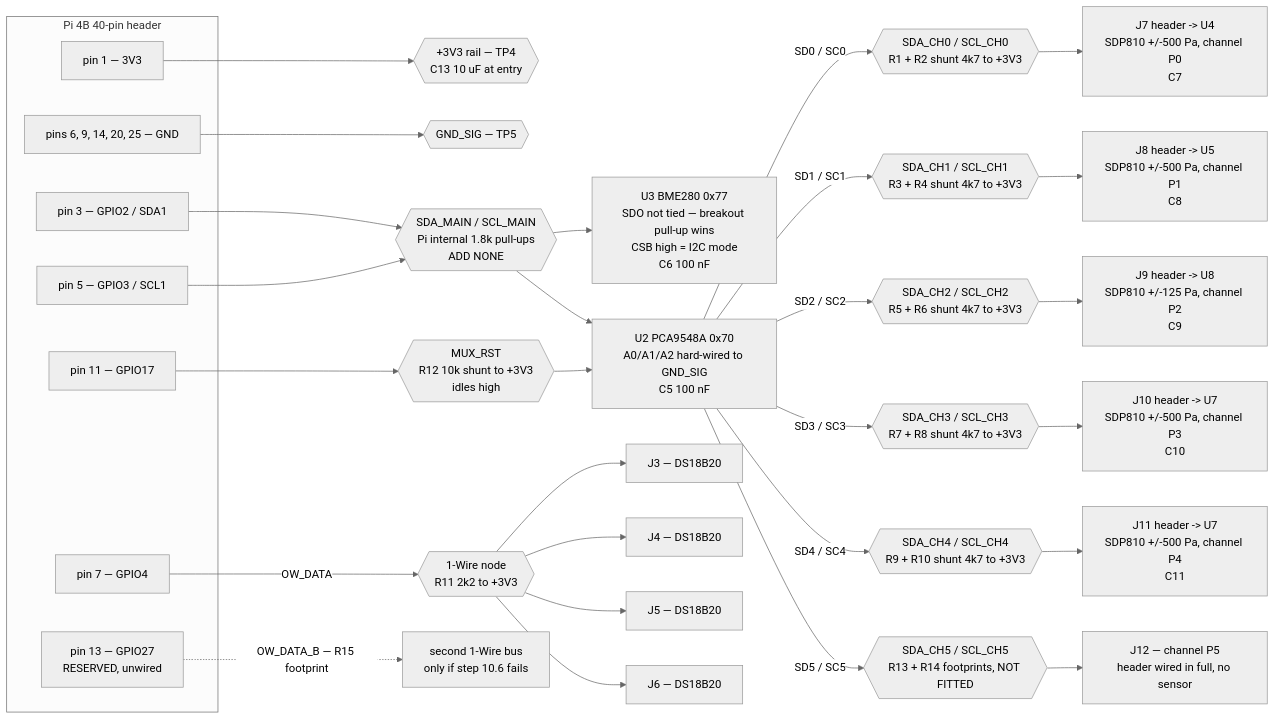
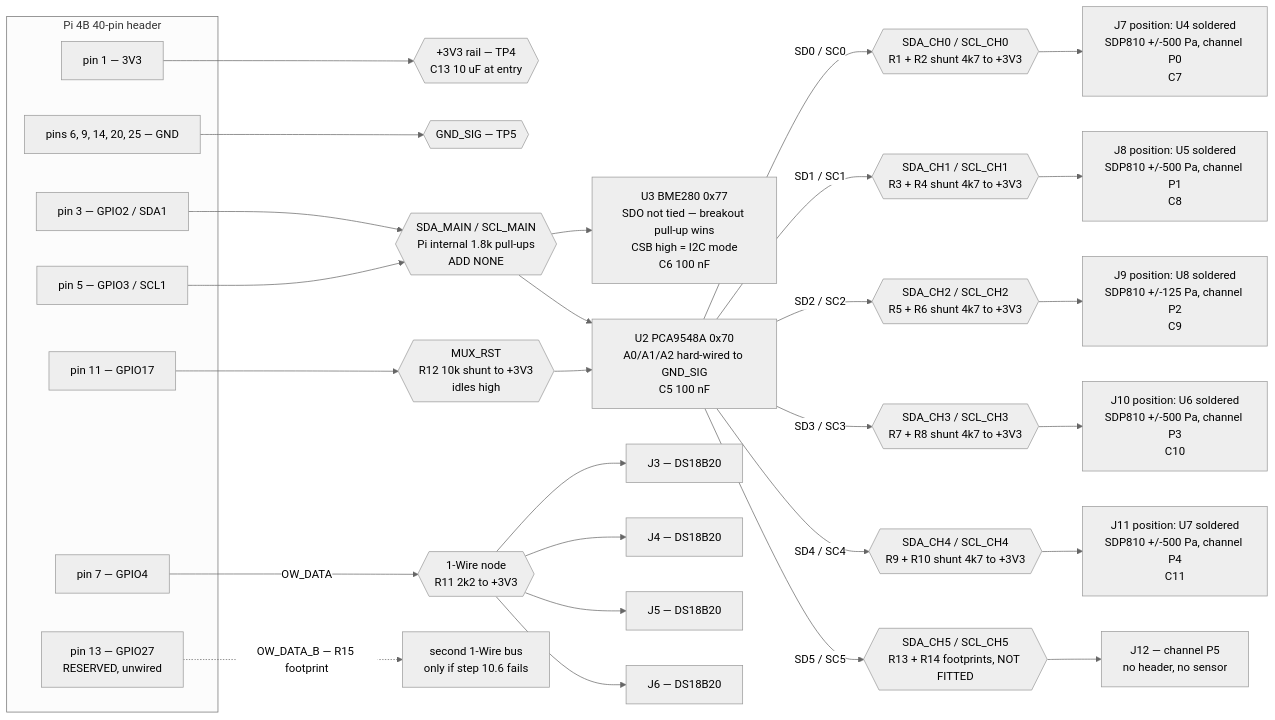
The third of 3 diagrams in SystemSetup/logger-perfboard-wiring.md (chrumck/KnurLogger), drawn with Mermaid (neutral theme) before and after one commit. The commit also changed other lines of this file and 16 other files, not shown here.

````diff
--- a/SystemSetup/logger-perfboard-wiring.md
+++ b/SystemSetup/logger-perfboard-wiring.md
@@ -278,36 +278,36 @@
 ```mermaid
 flowchart LR
     subgraph HDR["Pi 4B 40-pin header"]
         H1["pin 1 — 3V3"]
         H3["pin 3 — GPIO2 / SDA1"]
         H5["pin 5 — GPIO3 / SCL1"]
         H7["pin 7 — GPIO4"]
         H11["pin 11 — GPIO17"]
         H13["pin 13 — GPIO27<br/>RESERVED, unwired"]
         HG["pins 6, 9, 14, 20, 25 — GND"]
     end
 
     H1 --> RAIL{{"+3V3 rail — TP4<br/>C13 10 uF at entry"}}
     HG --> GNDS{{"GND_SIG — TP5"}}
 
     H3 --> MB{{"SDA_MAIN / SCL_MAIN<br/>Pi internal 1.8k pull-ups<br/>ADD NONE"}}
     H5 --> MB
     MB --> U3["U3 BME280 0x77<br/>SDO not tied — breakout pull-up wins<br/>CSB high = I2C mode<br/>C6 100 nF"]
     MB --> U2["U2 PCA9548A 0x70<br/>A0/A1/A2 hard-wired to GND_SIG<br/>C5 100 nF"]
 
     H11 --> RST{{"MUX_RST<br/>R12 10k shunt to +3V3<br/>idles high"}} --> U2
 
-    U2 -->|"SD0 / SC0"| K0{{"SDA_CH0 / SCL_CH0<br/>R1 + R2 shunt 4k7 to +3V3"}} --> U4["J7 header -> U4<br/>SDP810 +/-500 Pa, channel P0<br/>C7"]
-    U2 -->|"SD1 / SC1"| K1{{"SDA_CH1 / SCL_CH1<br/>R3 + R4 shunt 4k7 to +3V3"}} --> U5["J8 header -> U5<br/>SDP810 +/-500 Pa, channel P1<br/>C8"]
-    U2 -->|"SD2 / SC2"| K2{{"SDA_CH2 / SCL_CH2<br/>R5 + R6 shunt 4k7 to +3V3"}} --> U6["J9 header -> U8<br/>SDP810 +/-125 Pa, channel P2<br/>C9"]
-    U2 -->|"SD3 / SC3"| K3{{"SDA_CH3 / SCL_CH3<br/>R7 + R8 shunt 4k7 to +3V3"}} --> U7["J10 header -> U7<br/>SDP810 +/-500 Pa, channel P3<br/>C10"]
-    U2 -->|"SD4 / SC4"| K4{{"SDA_CH4 / SCL_CH4<br/>R9 + R10 shunt 4k7 to +3V3"}} --> U8["J11 header -> U7<br/>SDP810 +/-500 Pa, channel P4<br/>C11"]
-    U2 -->|"SD5 / SC5"| K5{{"SDA_CH5 / SCL_CH5<br/>R13 + R14 footprints, NOT FITTED"}} --> J12["J12 — channel P5<br/>header wired in full, no sensor"]
+    U2 -->|"SD0 / SC0"| K0{{"SDA_CH0 / SCL_CH0<br/>R1 + R2 shunt 4k7 to +3V3"}} --> U4["J7 position: U4 soldered<br/>SDP810 +/-500 Pa, channel P0<br/>C7"]
+    U2 -->|"SD1 / SC1"| K1{{"SDA_CH1 / SCL_CH1<br/>R3 + R4 shunt 4k7 to +3V3"}} --> U5["J8 position: U5 soldered<br/>SDP810 +/-500 Pa, channel P1<br/>C8"]
+    U2 -->|"SD2 / SC2"| K2{{"SDA_CH2 / SCL_CH2<br/>R5 + R6 shunt 4k7 to +3V3"}} --> U8["J9 position: U8 soldered<br/>SDP810 +/-125 Pa, channel P2<br/>C9"]
+    U2 -->|"SD3 / SC3"| K3{{"SDA_CH3 / SCL_CH3<br/>R7 + R8 shunt 4k7 to +3V3"}} --> U6["J10 position: U6 soldered<br/>SDP810 +/-500 Pa, channel P3<br/>C10"]
+    U2 -->|"SD4 / SC4"| K4{{"SDA_CH4 / SCL_CH4<br/>R9 + R10 shunt 4k7 to +3V3"}} --> U7["J11 position: U7 soldered<br/>SDP810 +/-500 Pa, channel P4<br/>C11"]
+    U2 -->|"SD5 / SC5"| K5{{"SDA_CH5 / SCL_CH5<br/>R13 + R14 footprints, NOT FITTED"}} --> J12["J12 — channel P5<br/>no header, no sensor"]
 
     H7 -->|OW_DATA| OW{{"1-Wire node<br/>R11 2k2 to +3V3"}}
     OW --> J3["J3 — DS18B20"]
     OW --> J4["J4 — DS18B20"]
     OW --> J5["J5 — DS18B20"]
     OW --> J6["J6 — DS18B20"]
     H13 -.->|"OW_DATA_B — R15 footprint"| SPLIT["second 1-Wire bus<br/>only if step 10.6 fails"]
 ```
````
